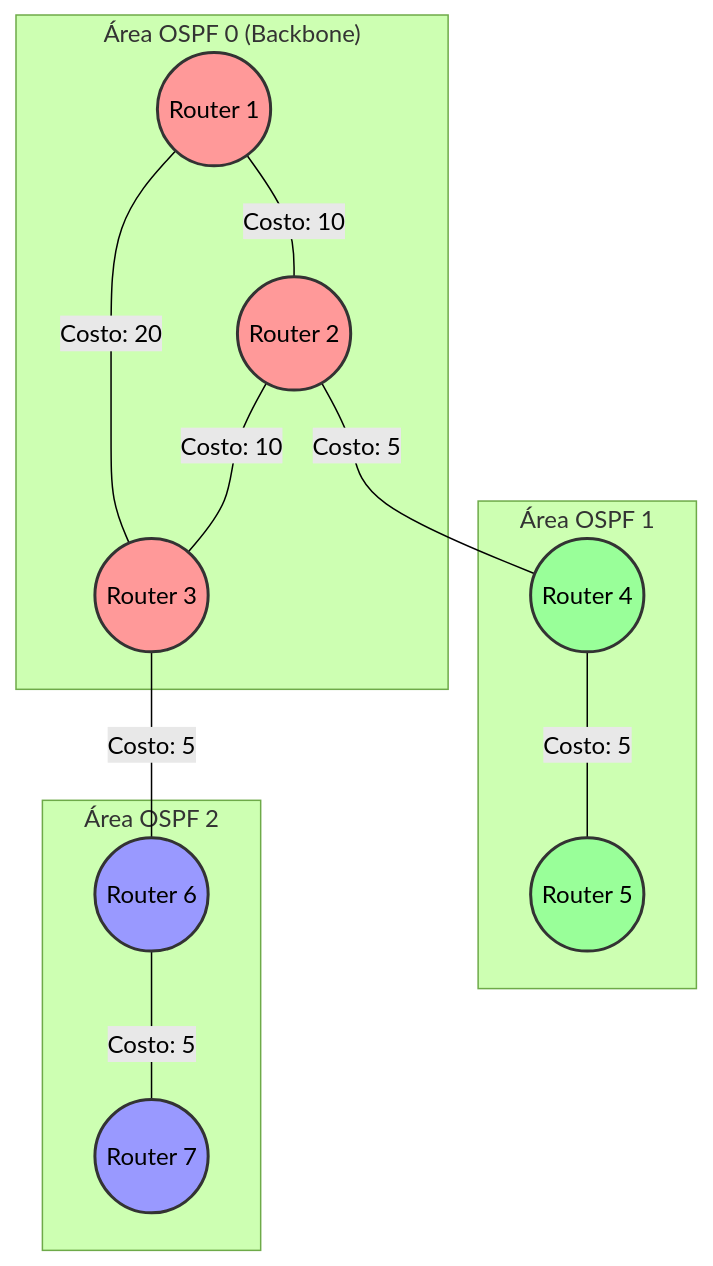
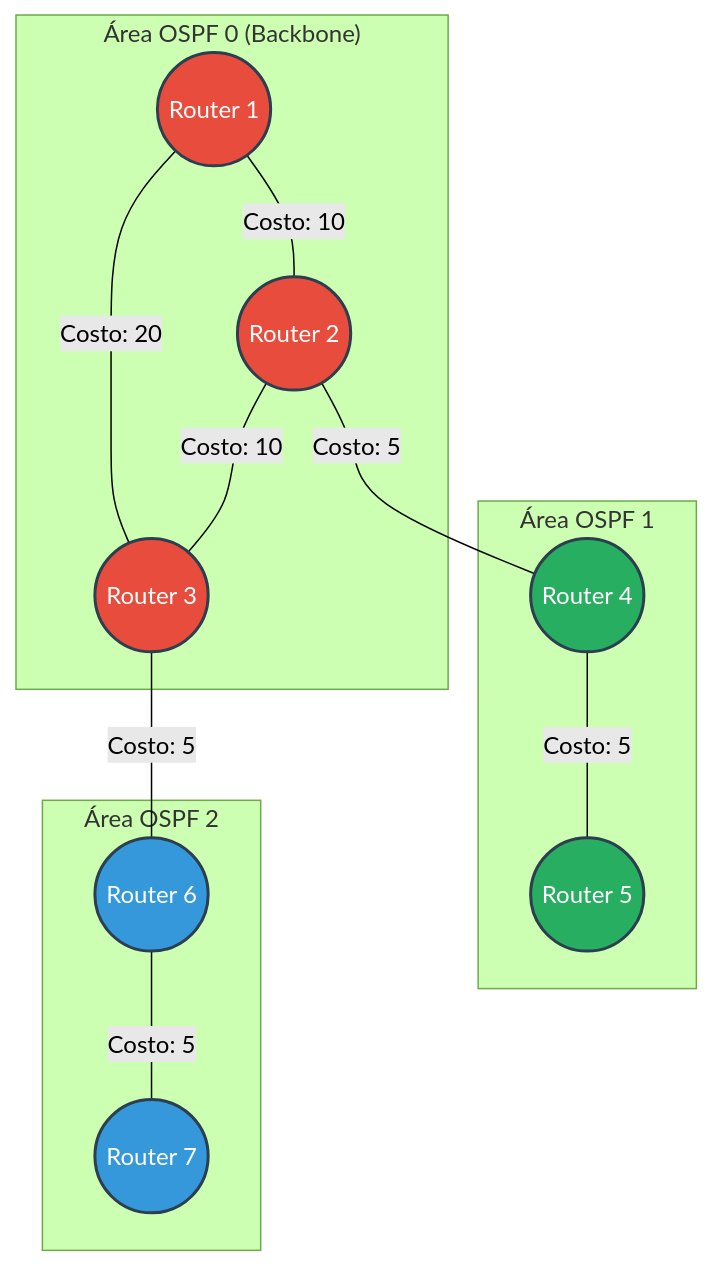
Before and after one commit to ulysses-ck/grupo-redes-ifts-2025: the tenth of 21 diagrams in tps/tp1.md, drawn with Mermaid (forest theme). The commit also changed other lines of this file, not shown here.

Commit message:
style: update diagram colors for improved visual consistency across network representations

````diff
--- a/tps/tp1.md
+++ b/tps/tp1.md
@@ -468,34 +468,34 @@
 ```mermaid
 graph TD
     subgraph "Área OSPF 0 (Backbone)"
         R1((Router 1))
         R2((Router 2))
         R3((Router 3))
     end
     
     subgraph "Área OSPF 1"
         R4((Router 4))
         R5((Router 5))
     end
     
     subgraph "Área OSPF 2"
         R6((Router 6))
         R7((Router 7))
     end
     
     R1 ---|"Costo: 10"| R2
     R2 ---|"Costo: 10"| R3
     R1 ---|"Costo: 20"| R3
     R2 ---|"Costo: 5"| R4
     R4 ---|"Costo: 5"| R5
     R3 ---|"Costo: 5"| R6
     R6 ---|"Costo: 5"| R7
     
-    style R1 fill:#ff9999,stroke:#333,stroke-width:2px
-    style R2 fill:#ff9999,stroke:#333,stroke-width:2px
-    style R3 fill:#ff9999,stroke:#333,stroke-width:2px
-    style R4 fill:#99ff99,stroke:#333,stroke-width:2px
-    style R5 fill:#99ff99,stroke:#333,stroke-width:2px
-    style R6 fill:#9999ff,stroke:#333,stroke-width:2px
-    style R7 fill:#9999ff,stroke:#333,stroke-width:2px
+    style R1 fill:#e74c3c,stroke:#2c3e50,stroke-width:2px,color:#FFFFFF
+    style R2 fill:#e74c3c,stroke:#2c3e50,stroke-width:2px,color:#FFFFFF
+    style R3 fill:#e74c3c,stroke:#2c3e50,stroke-width:2px,color:#FFFFFF
+    style R4 fill:#27ae60,stroke:#2c3e50,stroke-width:2px,color:#FFFFFF
+    style R5 fill:#27ae60,stroke:#2c3e50,stroke-width:2px,color:#FFFFFF
+    style R6 fill:#3498db,stroke:#2c3e50,stroke-width:2px,color:#FFFFFF
+    style R7 fill:#3498db,stroke:#2c3e50,stroke-width:2px,color:#FFFFFF
 ```
````
